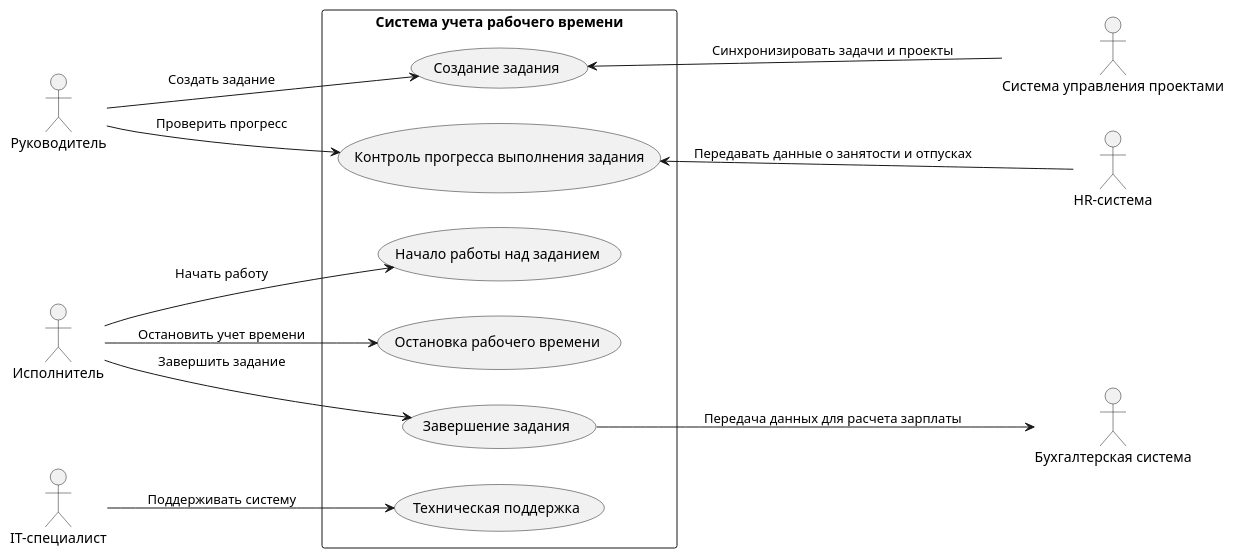
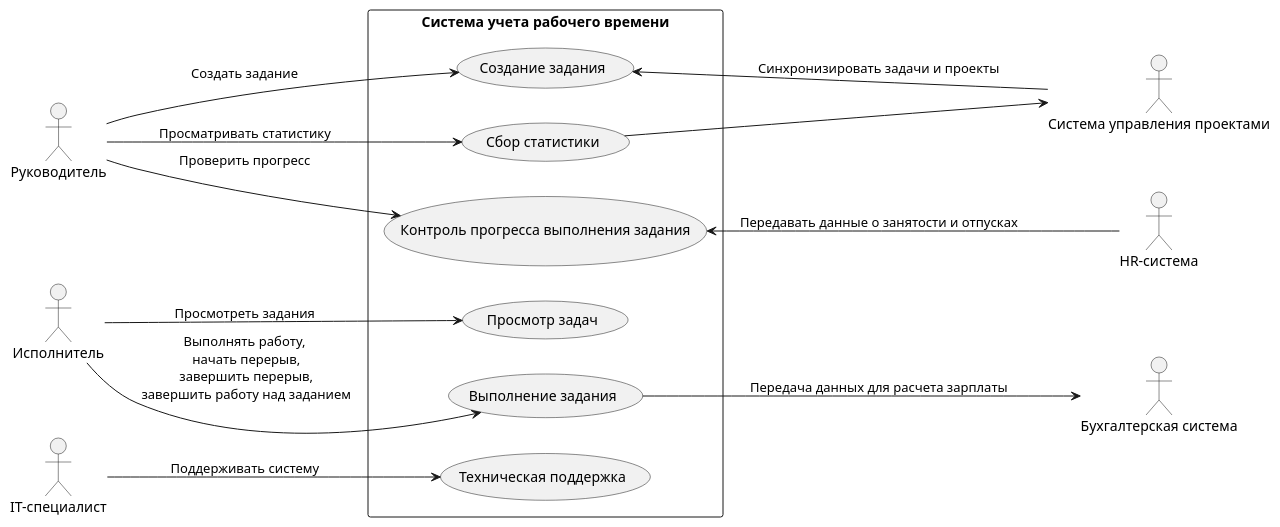
The diagram in Прецеденты/Диаграмма прецедентов.wsd (penamarth/bsbo-01-22_team5_var7), drawn with PlantUML before and after one commit.

Commit message:
Update Диаграмма прецедентов.wsd

```diff
--- a/Прецеденты/Диаграмма прецедентов.wsd
+++ b/Прецеденты/Диаграмма прецедентов.wsd
@@ -1,31 +1,31 @@
 @startuml
 left to right direction
 actor "Руководитель" as Manager
 actor "Исполнитель" as Worker
 actor "IT-специалист" as IT
 
 rectangle "Система учета рабочего времени" {
     usecase "Создание задания" as UC1
-    usecase "Начало работы над заданием" as UC2
-    usecase "Остановка рабочего времени" as UC3
-    usecase "Контроль прогресса выполнения задания" as UC4
-    usecase "Завершение задания" as UC5
-    usecase "Техническая поддержка" as UC6
+    usecase "Просмотр задач" as UC2
+    usecase "Контроль прогресса выполнения задания" as UC3
+    usecase "Выполнение задания" as UC4
+    usecase "Техническая поддержка" as UC5
+    usecase "Сбор статистики" as UC6
+    
 }
-
+Manager --> UC6: Просматривать статистику
 Manager --> UC1 : Создать задание
-Worker --> UC2 : Начать работу
-Worker --> UC3 : Остановить учет времени
-Manager --> UC4 : Проверить прогресс
-Worker --> UC5 : Завершить задание
-IT --> UC6 : Поддерживать систему
+Worker --> UC2 : Просмотреть задания
+Manager --> UC3 : Проверить прогресс
+Worker --> UC4 : Выполнять работу,\n начать перерыв,\n завершить перерыв,\n завершить работу над заданием
+IT --> UC5 : Поддерживать систему
 
 actor "Система управления проектами" as PMS
 actor "HR-система" as HR
 actor "Бухгалтерская система" as Accounting
 
 UC1 <-- PMS : Синхронизировать задачи и проекты
-UC4 <-- HR : Передавать данные о занятости и отпусках
-UC5 --> Accounting : Передача данных для расчета зарплаты
-
+UC3 <-- HR : Передавать данные о занятости и отпусках
+UC4 --> Accounting : Передача данных для расчета зарплаты
+UC6 --> PMS
 @enduml
```
